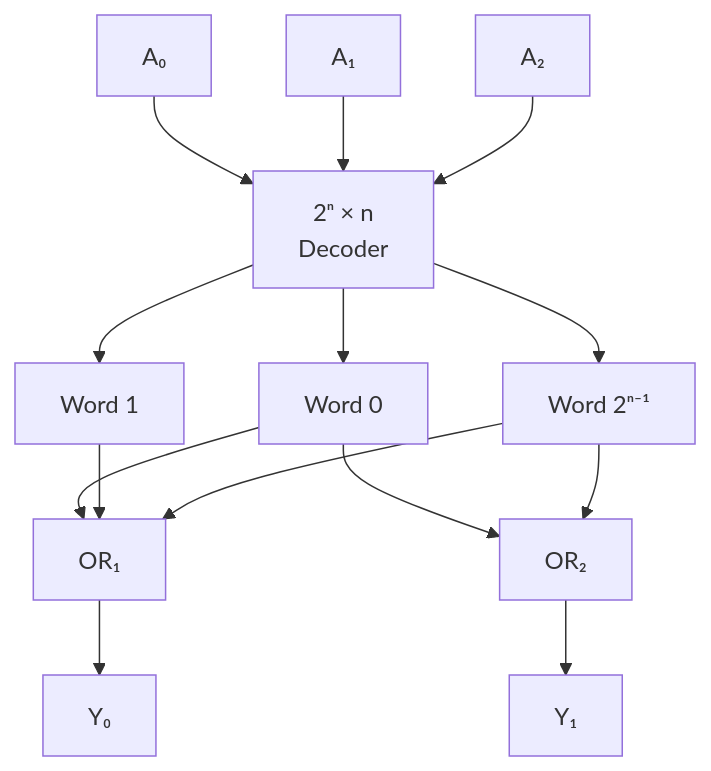
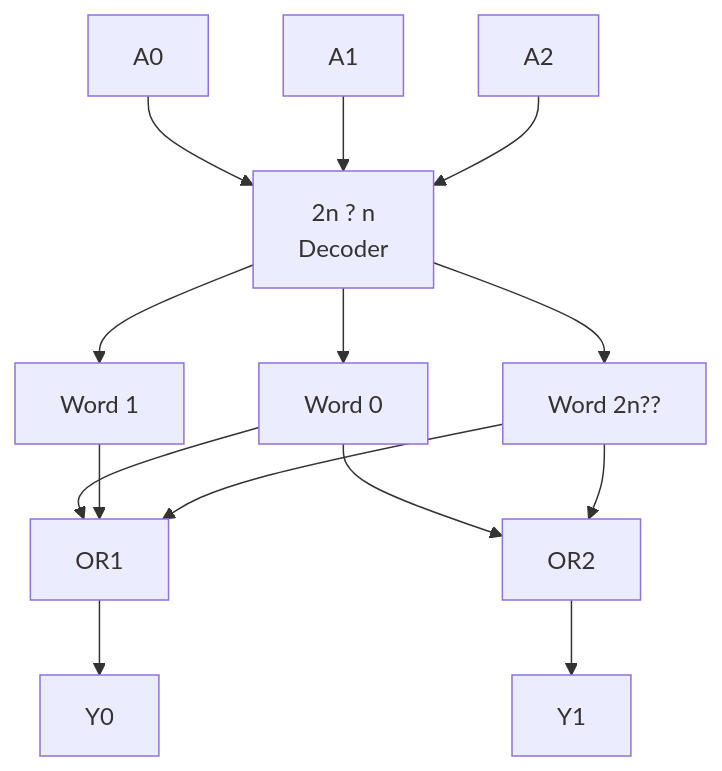
Before and after one commit to Raushan666java/ai-engineering-journey: the second of 6 diagrams in docs/courses/digital-logic/10-pla-pal.md, drawn with Mermaid. The commit also changed other lines of this file and 790 other files, not shown here.

Commit message:
Sync all course diagram renders and content updates

````diff
--- a/docs/courses/digital-logic/10-pla-pal.md
+++ b/docs/courses/digital-logic/10-pla-pal.md
@@ -52,16 +52,16 @@
 ```mermaid
 graph TD
-    A0[A₀] --> DEC[2ⁿ × n<br>Decoder]
-    A1[A₁] --> DEC
-    A2[A₂] --> DEC
+    A0[A0] --> DEC[2n ? n<br>Decoder]
+    A1[A1] --> DEC
+    A2[A2] --> DEC
     DEC --> W0[Word 0]
     DEC --> W1[Word 1]
-    DEC --> Wn[Word 2ⁿ⁻¹]
-    W0 --> OR1[OR₁]
+    DEC --> Wn[Word 2n??]
+    W0 --> OR1[OR1]
     W1 --> OR1
-    W0 --> OR2[OR₂]
+    W0 --> OR2[OR2]
     Wn --> OR1
     Wn --> OR2
-    OR1 --> Y0[Y₀]
-    OR2 --> Y1[Y₁]
+    OR1 --> Y0[Y0]
+    OR2 --> Y1[Y1]
 ```
````
